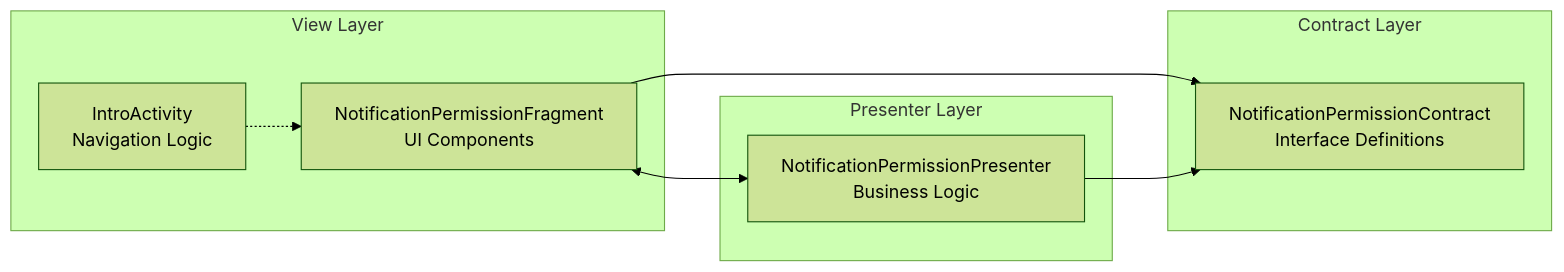
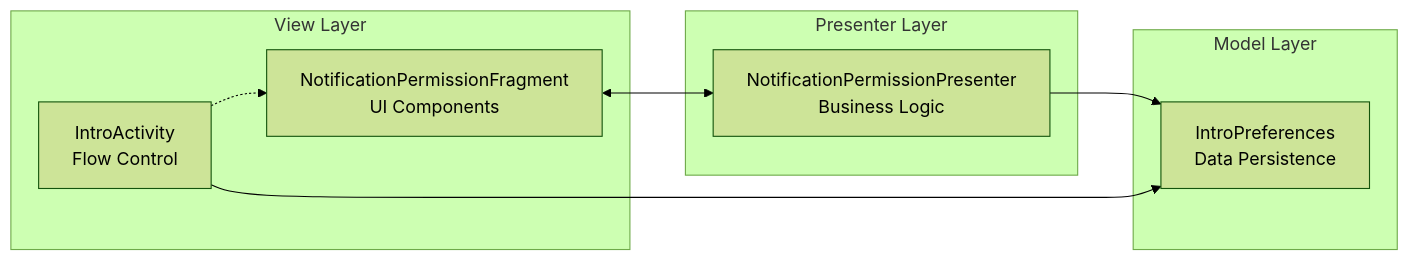
The eighth of 9 diagrams in docs/IntroActivity_Architecture.md (David6811/AndroidActivityLifeCycleDemo), drawn with Mermaid (forest theme) before and after one commit. The commit also changed other lines of this file and 3 other files, not shown here.

````diff
--- a/docs/IntroActivity_Architecture.md
+++ b/docs/IntroActivity_Architecture.md
@@ -256,20 +317,20 @@
 ```mermaid
 graph LR
     subgraph "View Layer"
-        V1[IntroActivity<br/>Navigation Logic]
+        V1[IntroActivity<br/>Flow Control]
         V2[NotificationPermissionFragment<br/>UI Components]
-    end
-    
-    subgraph "Contract Layer"
-        C[NotificationPermissionContract<br/>Interface Definitions]
     end
     
     subgraph "Presenter Layer"
         P[NotificationPermissionPresenter<br/>Business Logic]
     end
     
+    subgraph "Model Layer"
+        M[IntroPreferences<br/>Data Persistence]
+    end
+    
     V1 -.-> V2
-    V2 --> C
-    P --> C
     V2 <--> P
+    P --> M
+    V1 --> M
 ```
````
